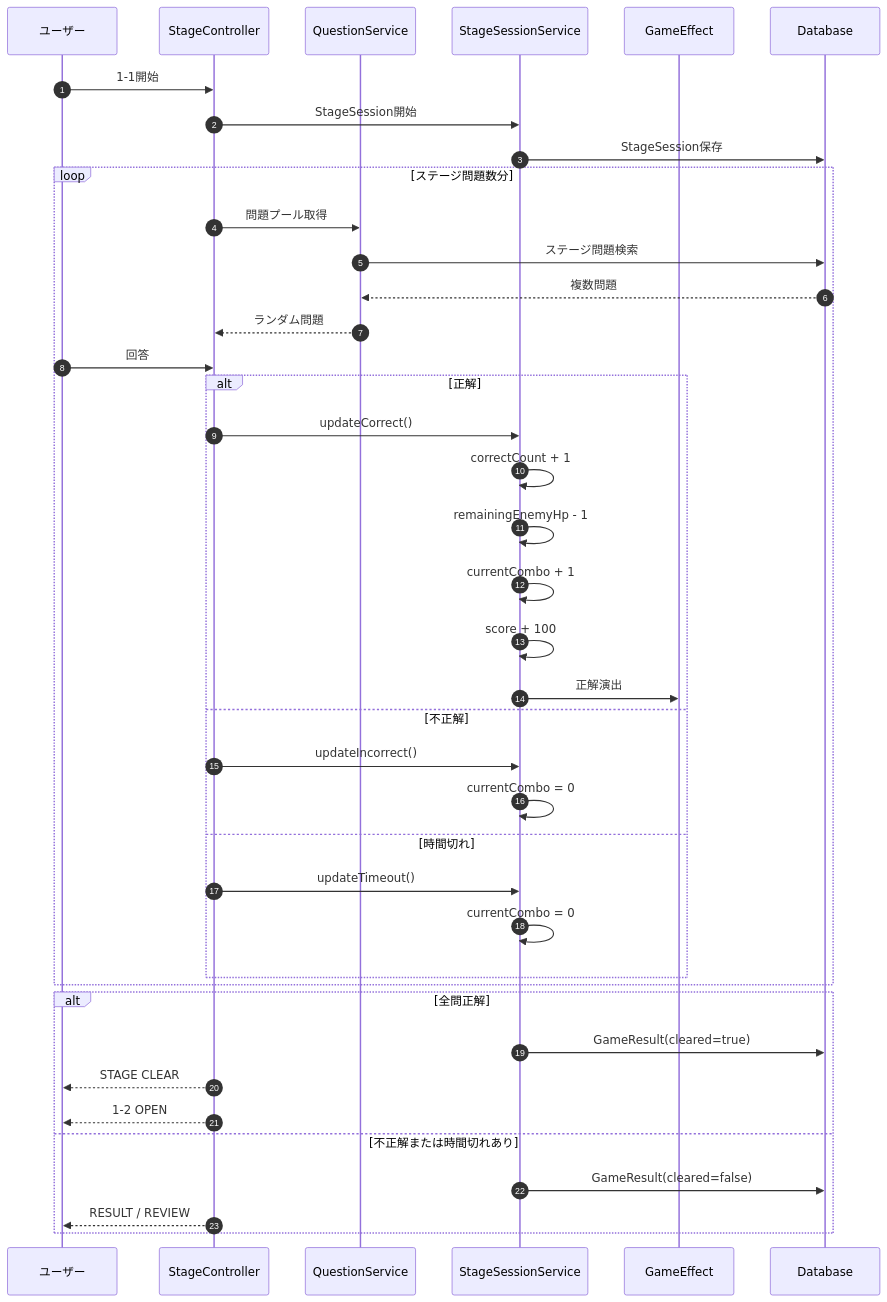
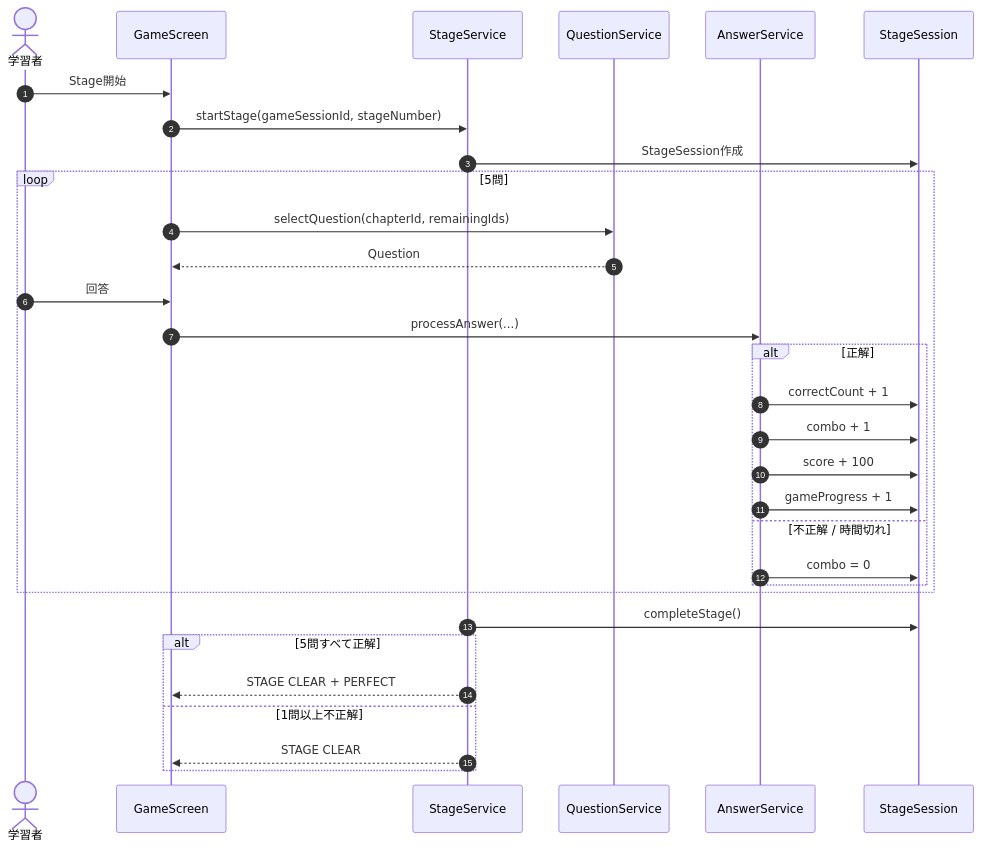
Diagram 11 of 12 in README.md (suu-dev-0203/graduation_JAVAgame), drawn with Mermaid before and after one commit. The commit also changed other lines of this file, not shown here.

````diff
--- a/README.md
+++ b/README.md
@@ -1437,48 +2187,40 @@
 ```mermaid
 sequenceDiagram
     autonumber
 
-    participant User as ユーザー
-    participant Stage as StageController
+    actor User as 学習者
+    participant Game as GameScreen
+    participant Stage as StageService
     participant Question as QuestionService
-    participant Session as StageSessionService
-    participant Effect as GameEffect
-    participant DB as Database
+    participant Answer as AnswerService
+    participant Session as StageSession
 
-    User->>Stage: 1-1開始
-    Stage->>Session: StageSession開始
-    Session->>DB: StageSession保存
+    User->>Game: Stage開始
+    Game->>Stage: startStage(gameSessionId, stageNumber)
+    Stage->>Session: StageSession作成
 
-    loop ステージ問題数分
-        Stage->>Question: 問題プール取得
-        Question->>DB: ステージ問題検索
-        DB-->>Question: 複数問題
-        Question-->>Stage: ランダム問題
+    loop 5問
+        Game->>Question: selectQuestion(chapterId, remainingIds)
+        Question-->>Game: Question
 
-        User->>Stage: 回答
+        User->>Game: 回答
+        Game->>Answer: processAnswer(...)
 
         alt 正解
-            Stage->>Session: updateCorrect()
-            Session->>Session: correctCount + 1
-            Session->>Session: remainingEnemyHp - 1
-            Session->>Session: currentCombo + 1
-            Session->>Session: score + 100
-            Session->>Effect: 正解演出
-        else 不正解
-            Stage->>Session: updateIncorrect()
-            Session->>Session: currentCombo = 0
-        else 時間切れ
-            Stage->>Session: updateTimeout()
-            Session->>Session: currentCombo = 0
+            Answer->>Session: correctCount + 1
+            Answer->>Session: combo + 1
+            Answer->>Session: score + 100
+            Answer->>Session: gameProgress + 1
+        else 不正解 / 時間切れ
+            Answer->>Session: combo = 0
         end
     end
 
-    alt 全問正解
-        Session->>DB: GameResult(cleared=true)
-        Stage-->>User: STAGE CLEAR
-        Stage-->>User: 1-2 OPEN
-    else 不正解または時間切れあり
-        Session->>DB: GameResult(cleared=false)
-        Stage-->>User: RESULT / REVIEW
+    Stage->>Session: completeStage()
+
+    alt 5問すべて正解
+        Stage-->>Game: STAGE CLEAR + PERFECT
+    else 1問以上不正解
+        Stage-->>Game: STAGE CLEAR
     end
 ```
````
